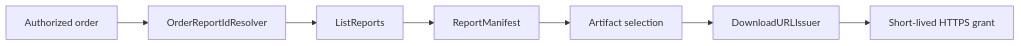
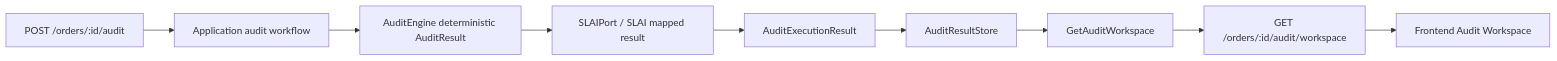
Before and after one commit to The-Outsider-97/bimap: the third of 3 diagrams in api/README.md, drawn with Mermaid. The commit also changed other lines of this file, not shown here.

````diff
--- a/api/README.md
+++ b/api/README.md
@@ -859,9 +311,15 @@
 ```mermaid
 flowchart LR
-    ORDER[Authorized order] --> IDS[OrderReportIdResolver]
-    IDS --> QUERY[ListReports]
-    QUERY --> MAN[ReportManifest]
-    MAN --> ART[Artifact selection]
-    ART --> ISSUER[DownloadURLIssuer]
-    ISSUER --> GRANT[Short-lived HTTPS grant]
+    START[POST /orders/:id/audit]
+    APP[Application audit workflow]
+    DET[AuditEngine deterministic AuditResult]
+    SLAI[SLAIPort / SLAI mapped result]
+    EXEC[AuditExecutionResult]
+    STORE[AuditResultStore]
+    QUERY[GetAuditWorkspace]
+    GET[GET /orders/:id/audit/workspace]
+    UI[Frontend Audit Workspace]
+
+    START --> APP --> DET --> SLAI --> EXEC --> STORE
+    STORE --> QUERY --> GET --> UI
 ```
````
